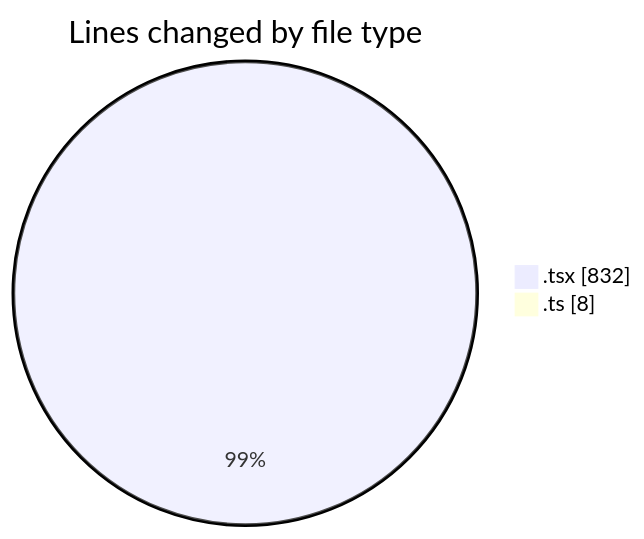
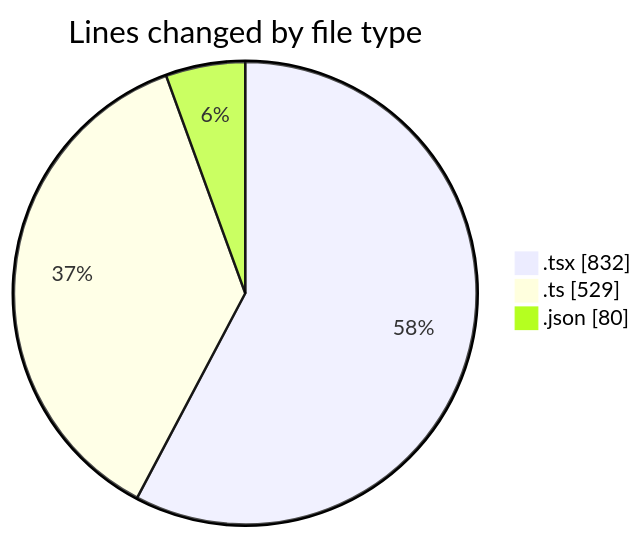
The first of 2 diagrams in 2026-03-25/nxtqube_webapp/README.md (nxtqubesakshisongat/code-tracking), drawn with Mermaid before and after one commit. The commit also changed other lines of this file and 1 other file, not shown here.

````diff
--- a/2026-03-25/nxtqube_webapp/README.md
+++ b/2026-03-25/nxtqube_webapp/README.md
@@ -23,6 +25,7 @@
 ```mermaid
 pie showData
 title Lines changed by file type
 ".tsx" : 832
-".ts" : 8
+".ts" : 529
+".json" : 80
 ```
````
